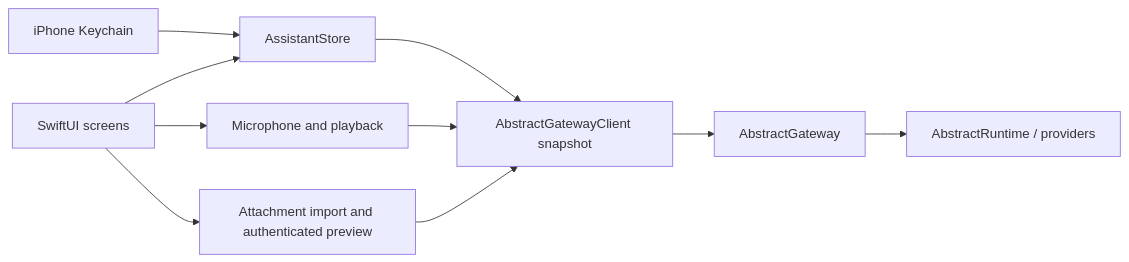
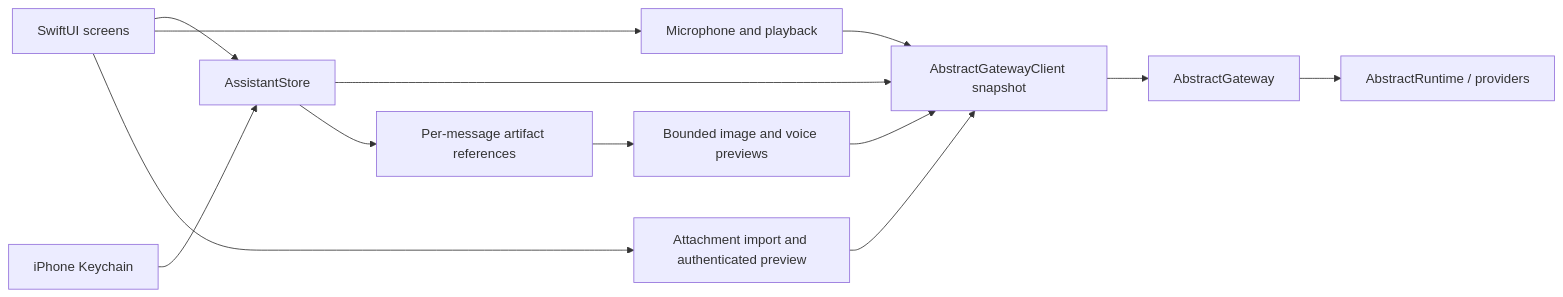
Before and after one commit to lpalbou/AbstractAssistant: the diagram in phone/iphone/docs/architecture.md, drawn with Mermaid. The commit also changed other lines of this file and 33 other files, not shown here.

````diff
--- a/phone/iphone/docs/architecture.md
+++ b/phone/iphone/docs/architecture.md
@@ -3,12 +3,15 @@
 ```mermaid
 flowchart LR
     Views[SwiftUI screens] --> Store[AssistantStore]
     Views --> Voice[Microphone and playback]
     Vault[iPhone Keychain] --> Store
     Store --> Client[AbstractGatewayClient snapshot]
     Voice --> Client
     Views --> Files[Attachment import and authenticated preview]
     Files --> Client
+    Store --> Media[Per-message artifact references]
+    Media --> Preview[Bounded image and voice previews]
+    Preview --> Client
     Client --> Gateway[AbstractGateway]
     Gateway --> Runtime[AbstractRuntime / providers]
 ```
````
